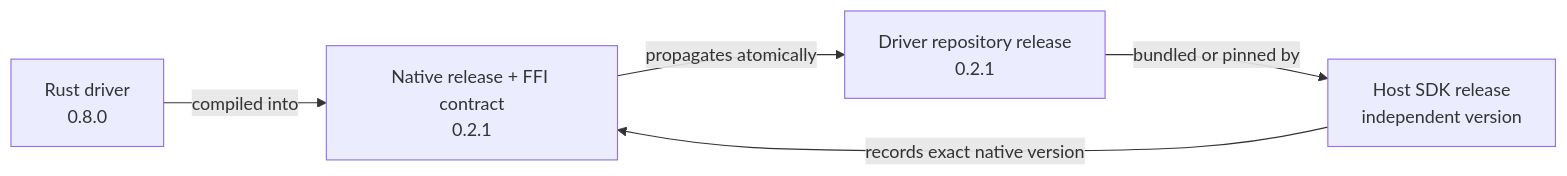
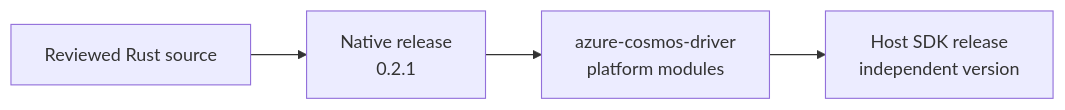
One commit to Azure/azure-sdk-for-rust changed the first of 3 diagrams in sdk/cosmos/azure_data_cosmos_driver_native/docs/NATIVE_VERSIONING_AND_RELEASES.md. Above: the diagram before and after it, drawn with Mermaid. The commit also changed other lines of this file, not shown here.

First line of the commit message:
Condense native release design

````diff
--- a/sdk/cosmos/azure_data_cosmos_driver_native/docs/NATIVE_VERSIONING_AND_RELEASES.md
+++ b/sdk/cosmos/azure_data_cosmos_driver_native/docs/NATIVE_VERSIONING_AND_RELEASES.md
@@ -123,12 +20,6 @@
 ```mermaid
 flowchart LR
-    R["Rust driver<br/>0.8.0"]
-    N["Native release + FFI contract<br/>0.2.1"]
-    D["Driver repository release<br/>0.2.1"]
-    H["Host SDK release<br/>independent version"]
-
-    R -->|compiled into| N
-    N -->|propagates atomically| D
-    D -->|bundled or pinned by| H
-    H -->|records exact native version| N
+    S["Reviewed Rust source"] --> N["Native release<br/>0.2.1"]
+    N --> D["azure-cosmos-driver<br/>platform modules"]
+    D --> H["Host SDK release<br/>independent version"]
 ```
````
